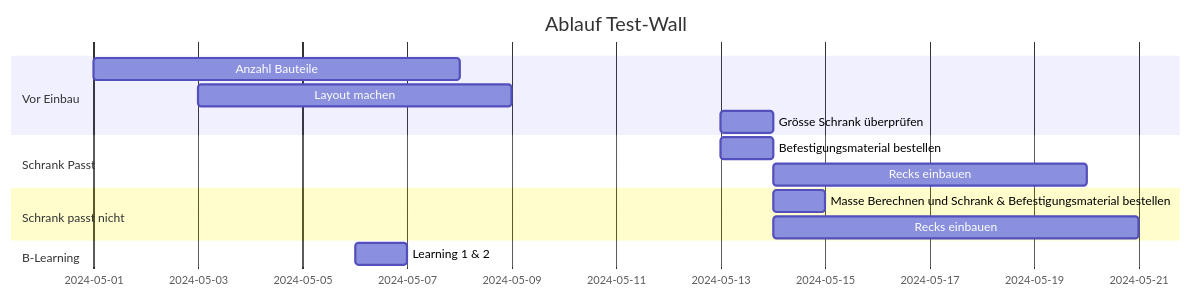
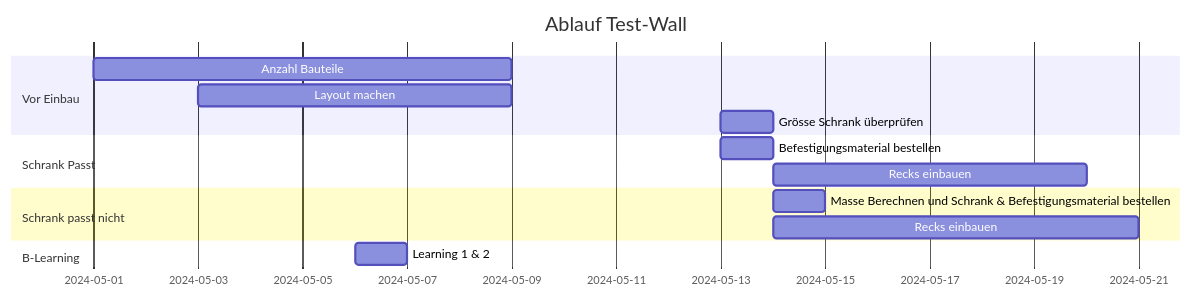
The diagram in Ablauf_Test-Wall.mmd (BenZiep/BenZiep), drawn with Mermaid before and after one commit.

```diff
--- a/Ablauf_Test-Wall.mmd
+++ b/Ablauf_Test-Wall.mmd
@@ -1,15 +1,15 @@
 gantt
     title Ablauf Test-Wall
     dateFormat  YYYY-MM-DD
     section Vor Einbau
-    Anzahl Bauteile           :a1, 2024-05-01, 7d
+    Anzahl Bauteile           :a1, 2024-05-01, 8d
     Layout machen     :a2, 2024-05-03  , 6d
     Grösse Schrank überprüfen :a3, 2024-05-13, 1d
     section Schrank Passt
     Befestigungsmaterial bestellen      :b1, 2024-05-13 , 1d
     Recks einbauen      :after b1, 6d
     section Schrank passt nicht
     Masse Berechnen und Schrank & Befestigungsmaterial bestellen :after a3, 1d
     Recks einbauen :c1, after b1, 7d
     section B-Learning
     Learning 1 & 2 :d1, 2024-05-06, 1d
```
